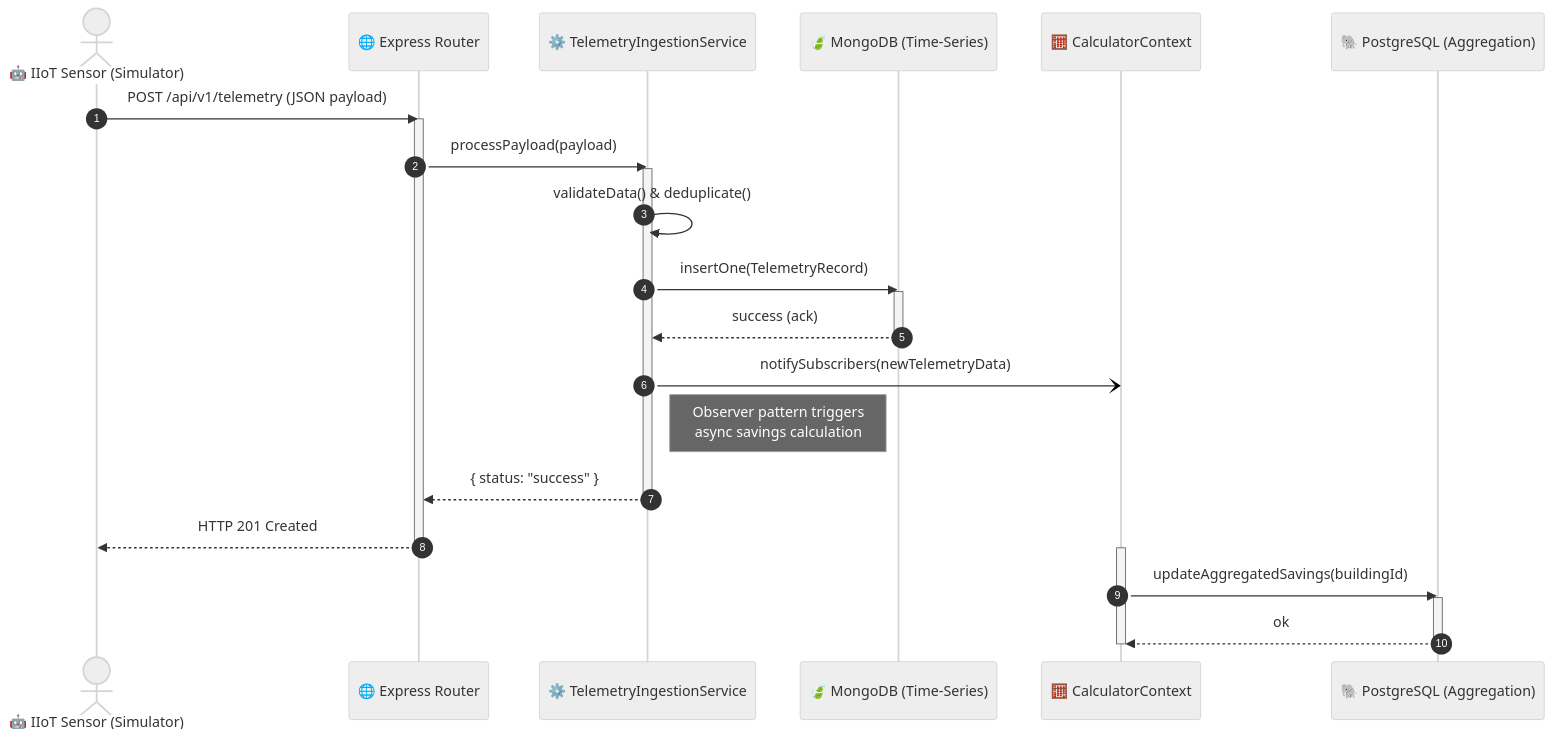
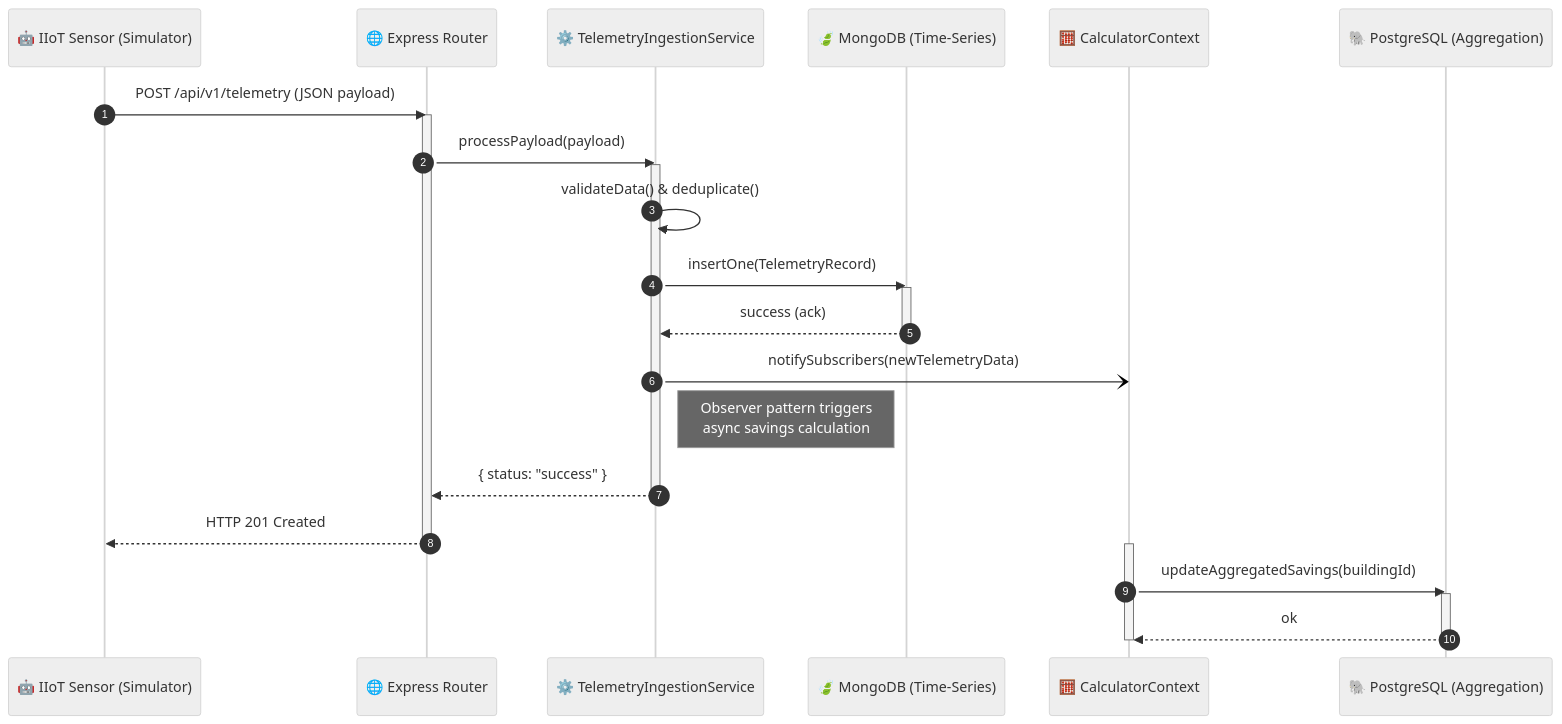
One commit to Willson22/hydrocycle-os changed the diagram in docs/sequence-diagram.md. Above: the diagram before and after it, drawn with Mermaid (neutral theme).

Commit message:
chores(architecture): change of the IOT from actor to participant

````diff
--- a/docs/sequence-diagram.md
+++ b/docs/sequence-diagram.md
@@ -5,40 +5,40 @@
 ```mermaid
 sequenceDiagram
 autonumber
-    actor Sensor as 🤖 IIoT Sensor (Simulator)
+    participant Sensor as 🤖 IIoT Sensor (Simulator)
     participant API as 🌐 Express Router
     participant Facade as ⚙️ TelemetryIngestionService
     participant Mongo as 🍃 MongoDB (Time-Series)
     participant Calc as 🧮 CalculatorContext
     participant DB as 🐘 PostgreSQL (Aggregation)
 
     Sensor->>API: POST /api/v1/telemetry (JSON payload)
     activate API
     API->>Facade: processPayload(payload)
     activate Facade
 
     Facade->>Facade: validateData() & deduplicate()
 
     Facade->>Mongo: insertOne(TelemetryRecord)
     activate Mongo
     Mongo-->>Facade: success (ack)
     deactivate Mongo
 
     %% Asynchronous event triggering (Observer)
     Facade-)Calc: notifySubscribers(newTelemetryData)
     Note right of Facade: Observer pattern triggers<br/>async savings calculation
 
     %% Synchronous response back to the client
     Facade-->>API: { status: "success" }
     deactivate Facade
     API-->>Sensor: HTTP 201 Created
     deactivate API
 
     %% Background processing
     activate Calc
     Calc->>DB: updateAggregatedSavings(buildingId)
     activate DB
     DB-->>Calc: ok
     deactivate DB
     deactivate Calc
 ```
````
